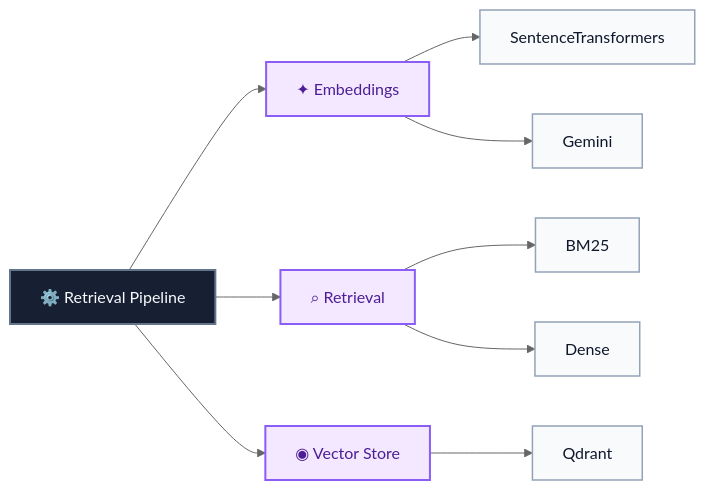
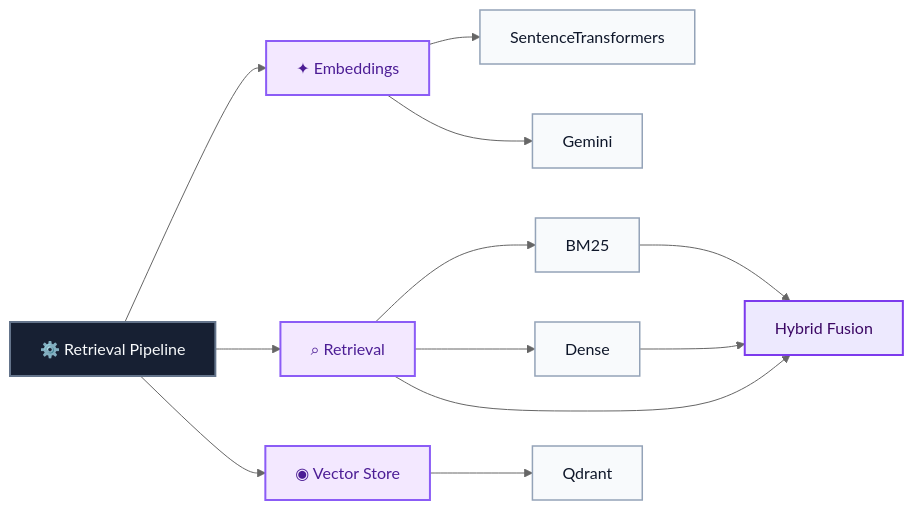
The second of 2 diagrams in README.md (bksampadi/SignalRank-RAG), drawn with Mermaid (neutral theme) before and after one commit. The commit also changed other lines of this file and 1 other file, not shown here.

Commit message:
docs: add retrieval benchmark results and architecture updates

````diff
--- a/README.md
+++ b/README.md
@@ -81,24 +124,30 @@
 ```mermaid
 flowchart LR
     P["⚙️ Retrieval Pipeline"]
 
     P --> E["✦ Embeddings"]
     P --> R["⌕ Retrieval"]
     P --> V["◉ Vector Store"]
 
     E --> E1["SentenceTransformers"]
     E --> E2["Gemini"]
 
     R --> R1["BM25"]
     R --> R2["Dense"]
+    R --> R3
+
+    R1 --> R3["Hybrid Fusion"]
+    R2 --> R3
 
     V --> V1["Qdrant"]
 
     classDef core fill:#172033,stroke:#64748b,stroke-width:2px,color:#f8fafc;
     classDef boundary fill:#f3e8ff,stroke:#8b5cf6,stroke-width:2px,color:#4c1d95;
     classDef impl fill:#f8fafc,stroke:#94a3b8,stroke-width:1.5px,color:#0f172a;
+    classDef fusion fill:#ede9fe,stroke:#7c3aed,stroke-width:2px,color:#3b0764;
 
     class P core;
     class E,R,V boundary;
     class E1,E2,R1,R2,V1 impl;
+    class R3 fusion;
 ```
````
